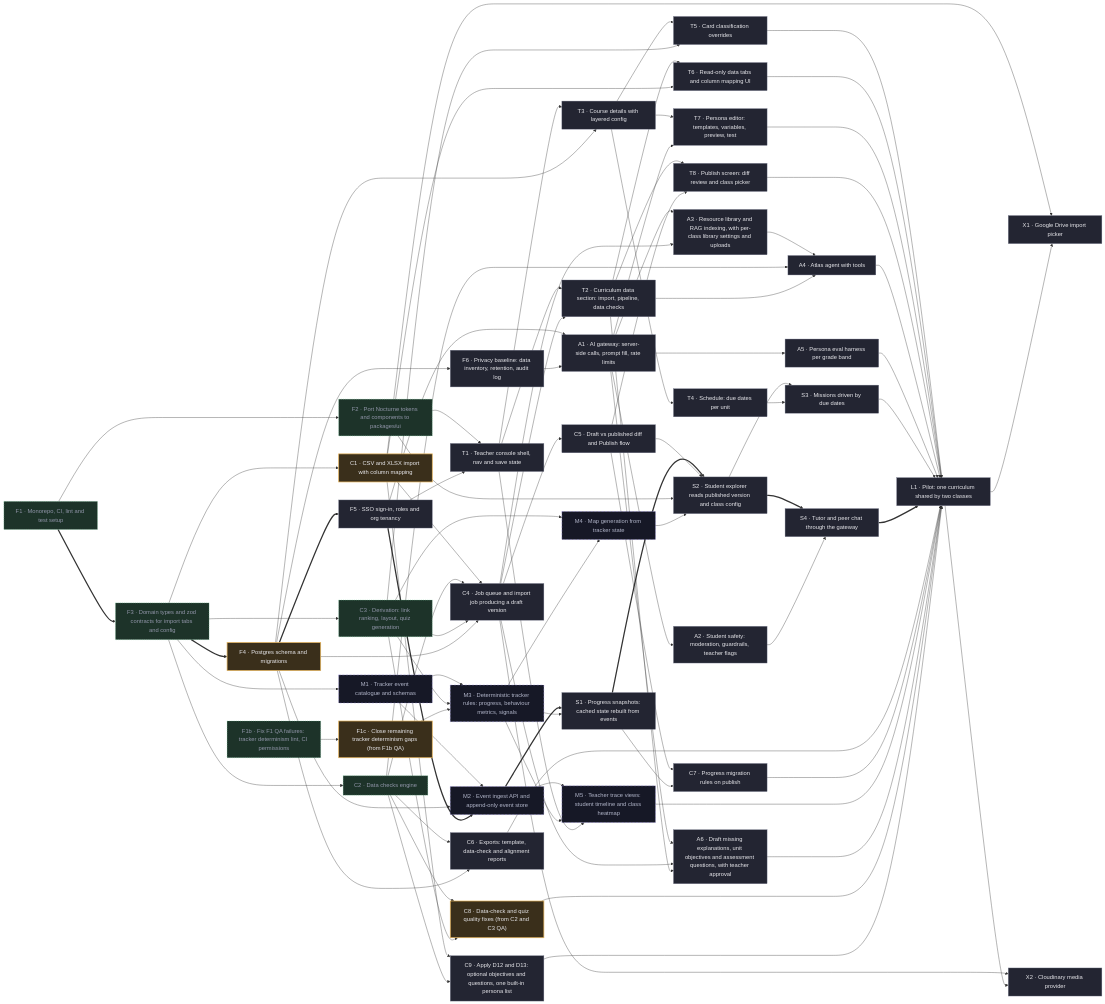
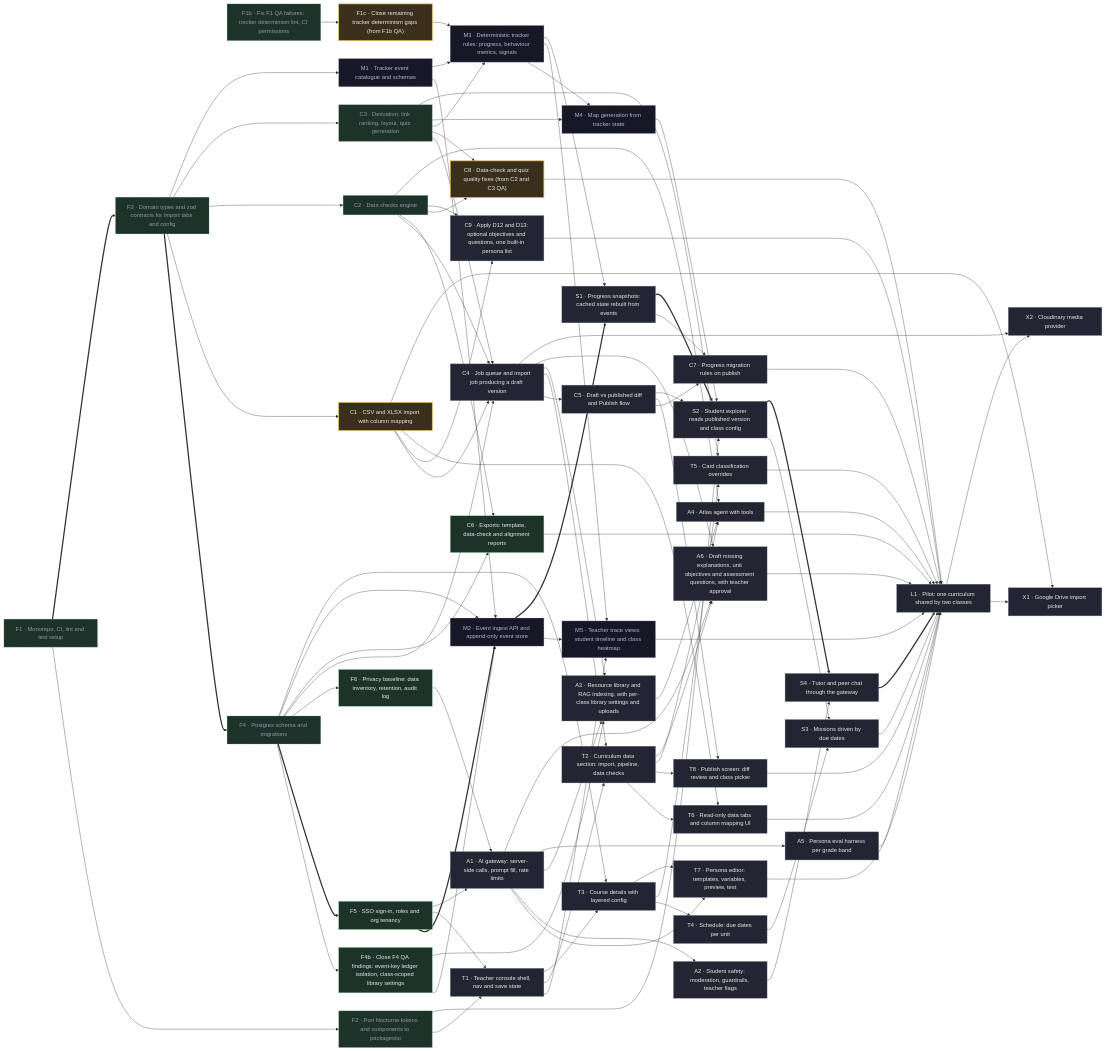
Before and after one commit to tenkevin/mind-your-tutor: the diagram in docs/PLAN.md, drawn with Mermaid. The commit also changed other lines of this file and 3 other files, not shown here.

First line of the commit message:
plan: F4 done (QA PASS); add F4b for F4 QA isolation findings; note vector-search finding on A3

````diff
--- a/docs/PLAN.md
+++ b/docs/PLAN.md
@@ -87,6 +94,7 @@
   F2["F2 · Port Nocturne tokens and components to packages/ui"]
   F3["F3 · Domain types and zod contracts for import tabs and config"]
   F4["F4 · Postgres schema and migrations"]
+  F4b["F4b · Close F4 QA findings: event-key ledger isolation, class-scoped library settings"]
   F5["F5 · SSO sign-in, roles and org tenancy"]
   F6["F6 · Privacy baseline: data inventory, retention, audit log"]
   C1["C1 · CSV and XLSX import with column mapping"]
@@ -128,6 +136,7 @@
   F1 --> F2
   F1 ==> F3
   F3 ==> F4
+  F4 --> F4b
   F4 ==> F5
   F4 --> F6
   F3 --> C1
@@ -150,6 +159,7 @@
   M1 --> M2
   F4 --> M2
   F5 ==> M2
+  F4b --> M2
   M1 --> M3
   C3 --> M3
   F1c --> M3
@@ -178,6 +188,7 @@
   A1 --> A2
   A1 --> A3
   C4 --> A3
+  F4b --> A3
   A3 --> A4
   C2 --> A4
   T2 --> A4
@@ -219,8 +230,9 @@
   classDef review fill:#3a2f1b,stroke:#e6b45c,color:#e9e9ed,stroke-width:2px
   classDef done fill:#1d3329,stroke:#6fcf97,color:#9397ab,stroke-dasharray:3 3
   classDef spec fill:#161826,stroke:#968ae0,color:#b2b6ca,stroke-dasharray:6 4
-  class F5,F6,C4,C5,C6,C7,C9,T1,T2,T3,T4,T5,T6,T7,T8,A1,A2,A3,A4,A5,A6,S1,S2,S3,S4,L1,X1,X2 todo
-  class F1c,F4,C1,C8 review
-  class F1,F1b,F2,F3,C2,C3 done
+  class C4,C5,C7,C9,T1,T2,T3,T4,T5,T6,T7,T8,A1,A2,A3,A4,A5,A6,S1,S2,S3,S4,L1,X1,X2 todo
+  class F1c,C1,C8 review
+  class F1,F1b,F2,F3,F4,C2,C3 done
+  class F4b,F5,F6,C6 ready
   class M1,M2,M3,M4,M5 spec
 ```
````
